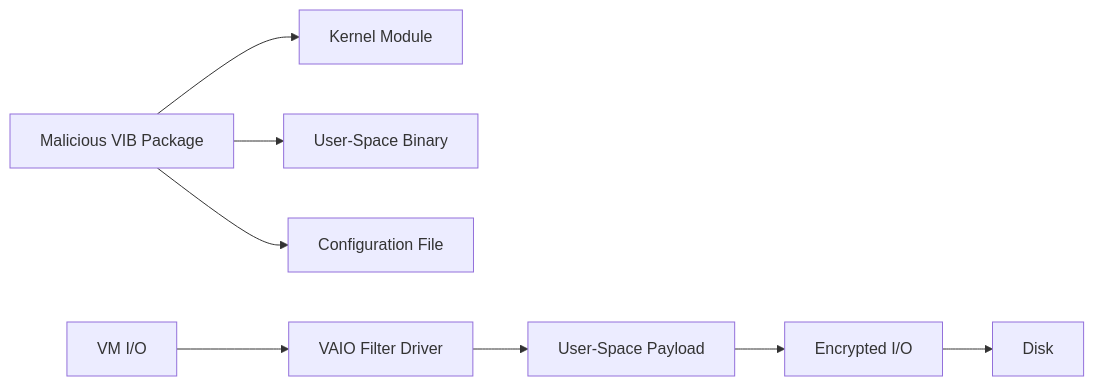
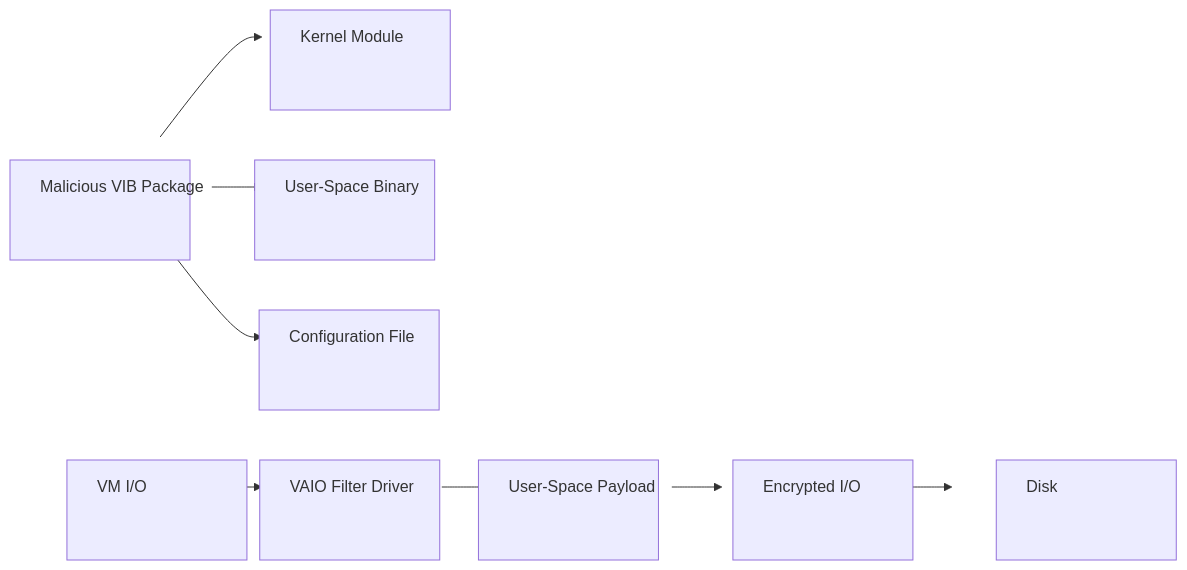
Before and after one commit to win64k/win64k.github.io: the third of 5 diagrams in _posts/2025-10-25-ESXi-Hypervisor-level-Attacks-and-Techniques.md, drawn with Mermaid. The commit also changed other lines of this file, not shown here.

````diff
--- a/_posts/2025-10-25-ESXi-Hypervisor-level-Attacks-and-Techniques.md
+++ b/_posts/2025-10-25-ESXi-Hypervisor-level-Attacks-and-Techniques.md
@@ -114,23 +117,24 @@
 ```mermaid
-
 flowchart LR
     VIB["Malicious VIB Package"]
     MOD["Kernel Module"]
     BIN["User-Space Binary"]
     CFG["Configuration File"]
 
     VM["VM I/O"]
     FILTER["VAIO Filter Driver"]
     DAEMON["User-Space Payload"]
     ENCRYPT["Encrypted I/O"]
     DISK["Disk"]
 
     %% Component tree
     VIB --> MOD
     VIB --> BIN
     VIB --> CFG
 
     %% Attack flow
     VM --> FILTER --> DAEMON --> ENCRYPT --> DISK
 
+    %% Make nodes larger
+    classDef default width:180px,height:100px
 ```
````
